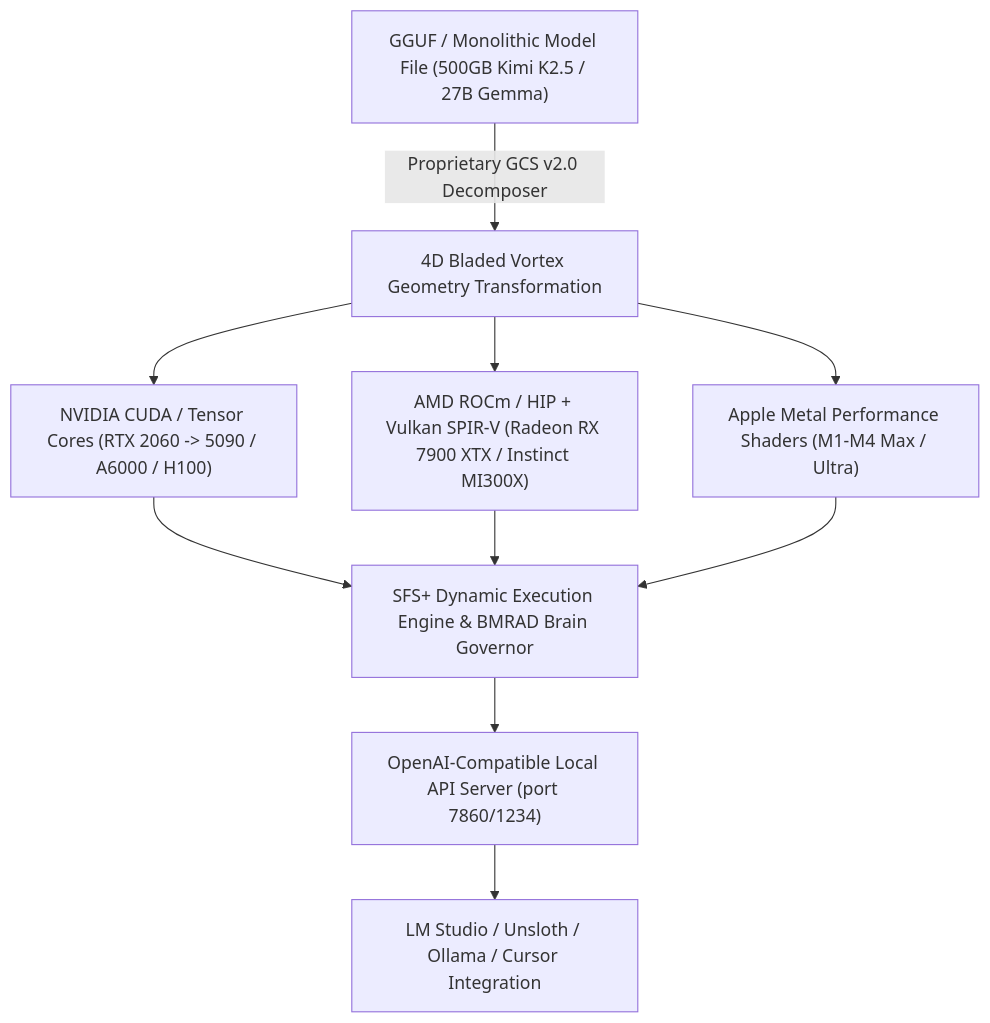
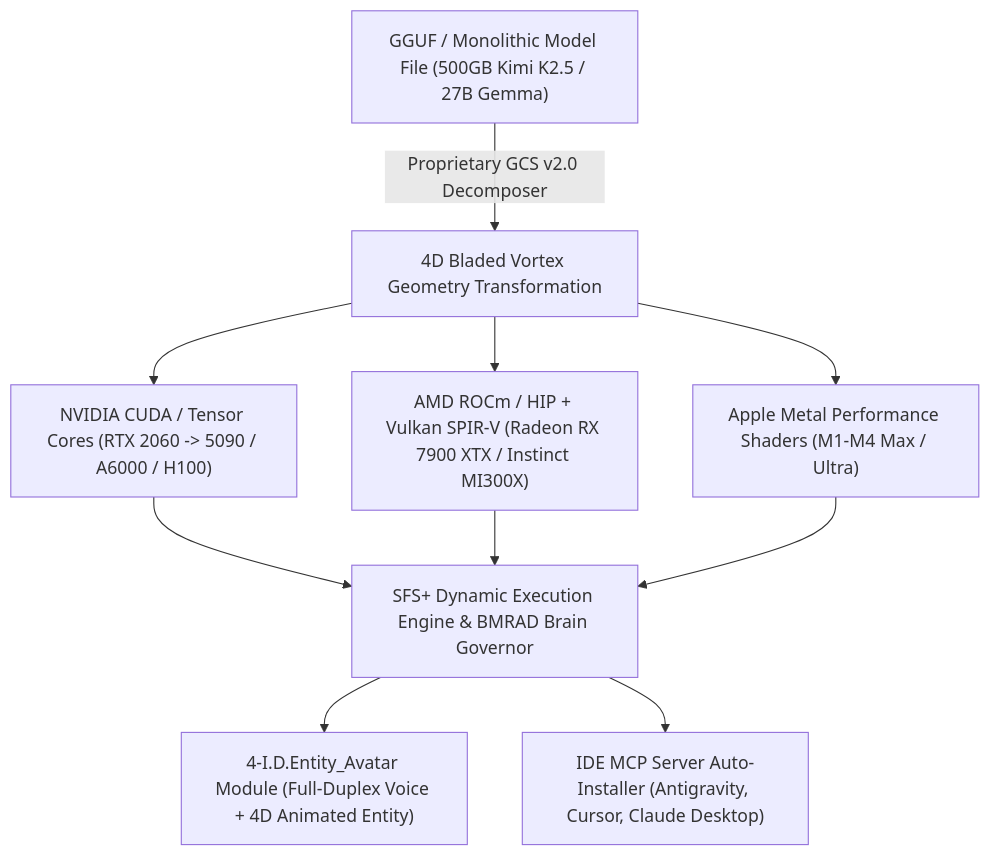
Before and after one commit to thomasjosh1981/Hyper-Spherical-Systems: the diagram in docs/brochure.md, drawn with Mermaid. The commit also changed other lines of this file, not shown here.

Commit message:
docs: add 4-I.D.Entity_Avatar Module & MCP auto-install onboarding whitepaper v4.1

````diff
--- a/docs/brochure.md
+++ b/docs/brochure.md
@@ -17,12 +17,12 @@
 ```mermaid
 graph TD
     A["GGUF / Monolithic Model File (500GB Kimi K2.5 / 27B Gemma)"] -->|Proprietary GCS v2.0 Decomposer| B["4D Bladed Vortex Geometry Transformation"]
     B --> C["NVIDIA CUDA / Tensor Cores (RTX 2060 -> 5090 / A6000 / H100)"]
     B --> D["AMD ROCm / HIP + Vulkan SPIR-V (Radeon RX 7900 XTX / Instinct MI300X)"]
     B --> E["Apple Metal Performance Shaders (M1-M4 Max / Ultra)"]
     C --> F["SFS+ Dynamic Execution Engine & BMRAD Brain Governor"]
     D --> F
     E --> F
-    F --> G["OpenAI-Compatible Local API Server (port 7860/1234)"]
-    G --> H["LM Studio / Unsloth / Ollama / Cursor Integration"]
+    F --> G["4-I.D.Entity_Avatar Module (Full-Duplex Voice + 4D Animated Entity)"]
+    F --> H["IDE MCP Server Auto-Installer (Antigravity, Cursor, Claude Desktop)"]
 ```
````
